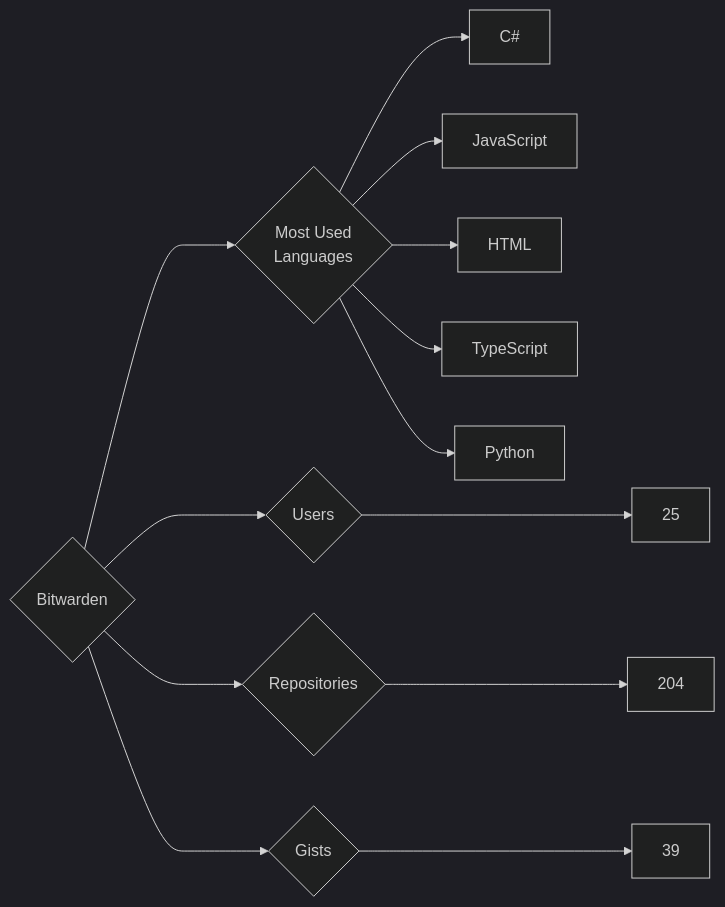
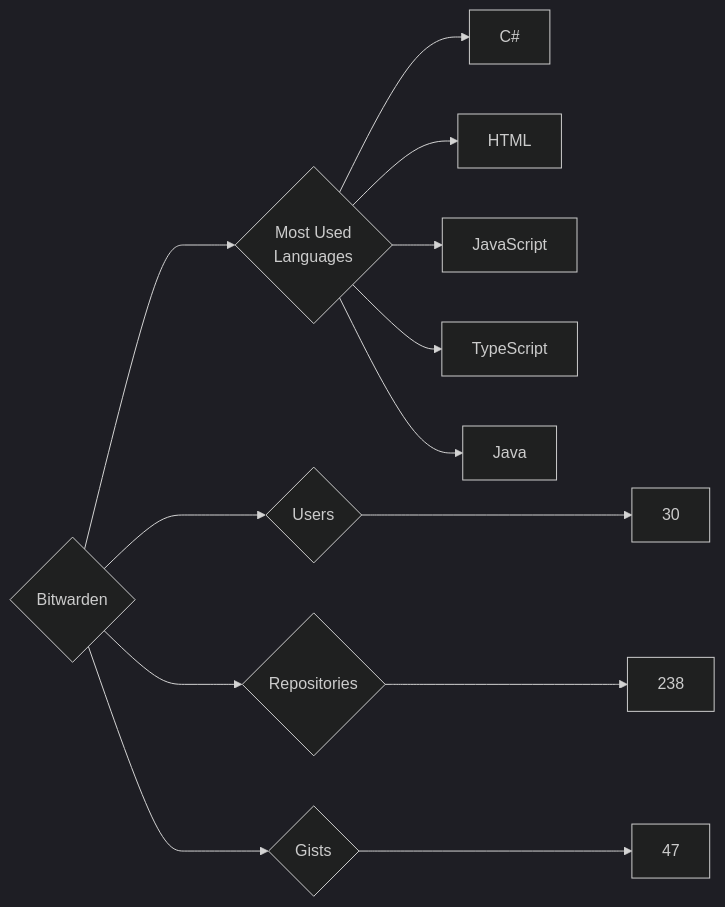
The diagram in targets/Bitwarden/README.md (trickest/insiders), drawn with Mermaid (dark theme) before and after one commit. The commit also changed 569 other files, not shown here.

````diff
--- a/targets/Bitwarden/README.md
+++ b/targets/Bitwarden/README.md
@@ -3,13 +3,13 @@
 ```mermaid
 graph LR
 COMPANY_NAME{Bitwarden}
-COMPANY_NAME ---> U{Users} ---> UN[25]
-COMPANY_NAME ---> R{Repositories} ---> RN[204]
-COMPANY_NAME ---> G{Gists} ---> GN[39]
+COMPANY_NAME ---> U{Users} ---> UN[30]
+COMPANY_NAME ---> R{Repositories} ---> RN[238]
+COMPANY_NAME ---> G{Gists} ---> GN[47]
 COMPANY_NAME ---> ML{Most Used<br>Languages}
 ML --> C#[C#]
+ML --> HTML[HTML]
 ML --> JavaScript[JavaScript]
-ML --> HTML[HTML]
 ML --> TypeScript[TypeScript]
-ML --> Python[Python]
+ML --> Java[Java]
 ```
````
